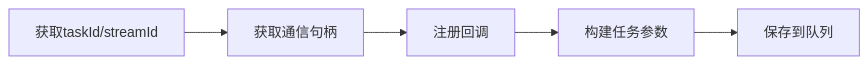
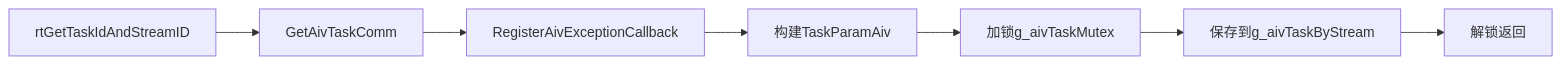
The third of 8 diagrams in docs/AIV_Task_Exception_Handler_Design.md (libochao-huawei/HCCL), drawn with Mermaid before and after one commit. The commit also changed other lines of this file, not shown here.

````diff
--- a/docs/AIV_Task_Exception_Handler_Design.md
+++ b/docs/AIV_Task_Exception_Handler_Design.md
@@ -149,7 +153,9 @@
 ```mermaid
 flowchart LR
-    A[获取taskId/streamId] --> B[获取通信句柄]
-    B --> C[注册回调]
-    C --> D[构建任务参数]
-    D --> E[保存到队列]
+    A[rtGetTaskIdAndStreamID] --> B[GetAivTaskComm]
+    B --> C[RegisterAivExceptionCallback]
+    C --> D[构建TaskParamAiv]
+    D --> E[加锁g_aivTaskMutex]
+    E --> F[保存到g_aivTaskByStream]
+    F --> G[解锁返回]
 ```
````
